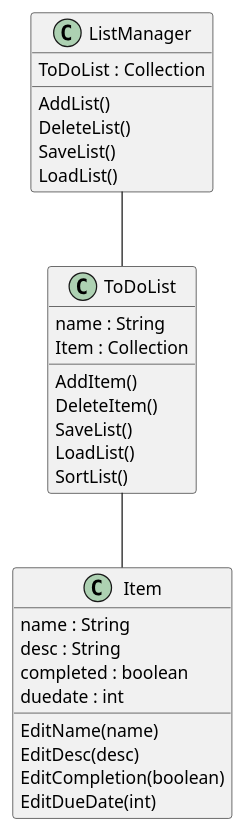
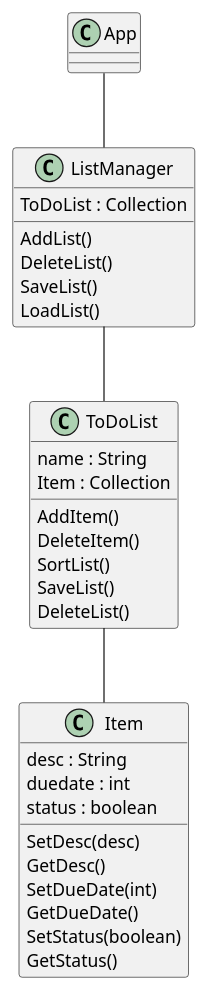
The diagram in uml/ListManager.puml (kiwibrie/juntunen-cop3330-assignment4part2), drawn with PlantUML before and after one commit. The commit also changed 6 other files, not shown here.

```diff
--- a/uml/ListManager.puml
+++ b/uml/ListManager.puml
@@ -1,39 +1,40 @@
 @startuml
 'https://plantuml.com/class-diagram
 
 class ListManager {
 ToDoList : Collection
 
 AddList()
 DeleteList()
 SaveList()
 LoadList()
 }
 
 class ToDoList {
 name : String
 Item : Collection
 
 AddItem()
 DeleteItem()
+SortList()
 SaveList()
-LoadList()
-SortList()
+DeleteList()
 }
 
 class Item {
-name : String
 desc : String
-completed : boolean
 duedate : int
+status : boolean
 
-EditName(name)
-EditDesc(desc)
-EditCompletion(boolean)
-EditDueDate(int)
+SetDesc(desc)
+GetDesc()
+SetDueDate(int)
+GetDueDate()
+SetStatus(boolean)
+GetStatus()
 }
 
 ToDoList -- Item
 ListManager -- ToDoList
-
+App -- ListManager
 @enduml
```
